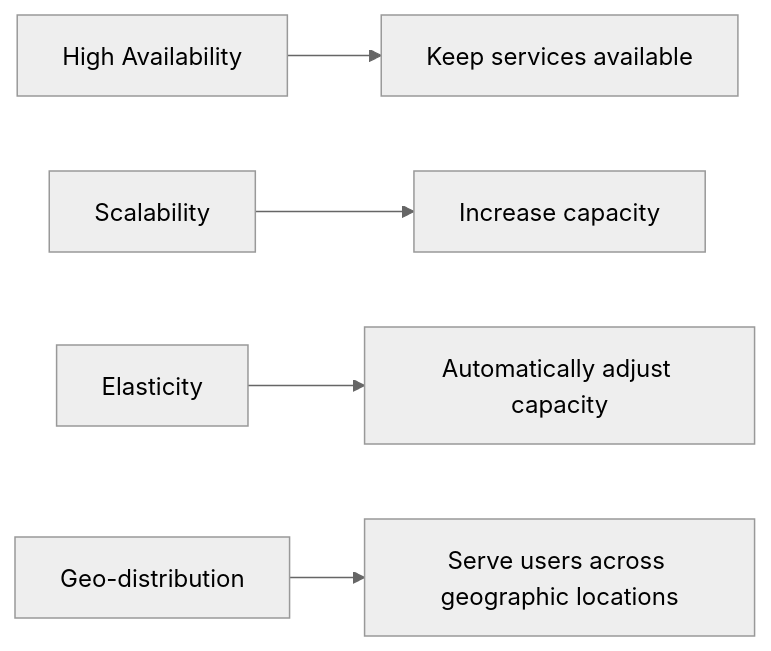
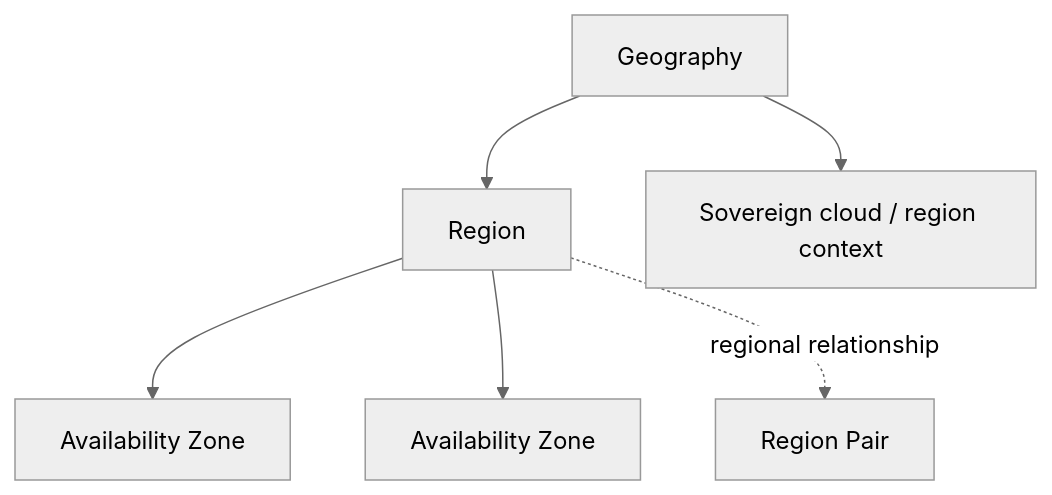
Before and after one commit to zhyordanova/azure-fundamentals-handbook: the second of 14 diagrams in exam/concept-map/concept-map.md, drawn with Mermaid (neutral theme). The commit also changed other lines of this file and 1 other file, not shown here.

````diff
--- a/exam/concept-map/concept-map.md
+++ b/exam/concept-map/concept-map.md
@@ -33,11 +47,8 @@
 ```mermaid
-flowchart LR
-
-    HA["High Availability"] --> HA1["Keep services available"]
-
-    SC["Scalability"] --> SC1["Increase capacity"]
-
-    EL["Elasticity"] --> EL1["Automatically adjust capacity"]
-
-    GEO["Geo-distribution"] --> GEO1["Serve users across geographic locations"]
+flowchart TD
+    GEO["Geography"] --> REG["Region"]
+    REG --> AZ1["Availability Zone"]
+    REG --> AZ2["Availability Zone"]
+    REG -. "regional relationship" .-> RP["Region Pair"]
+    GEO --> SOV["Sovereign cloud / region context"]
 ```
````
